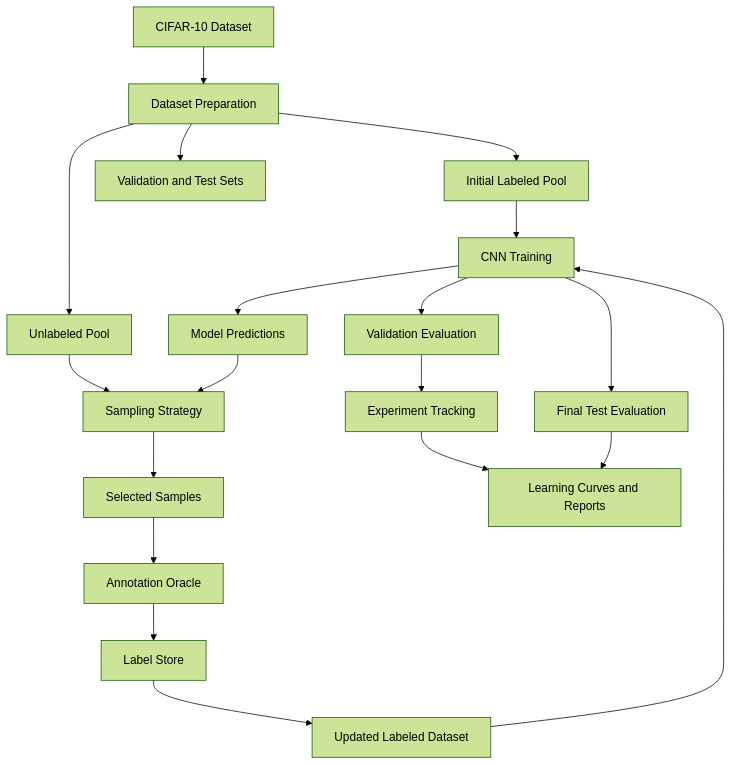
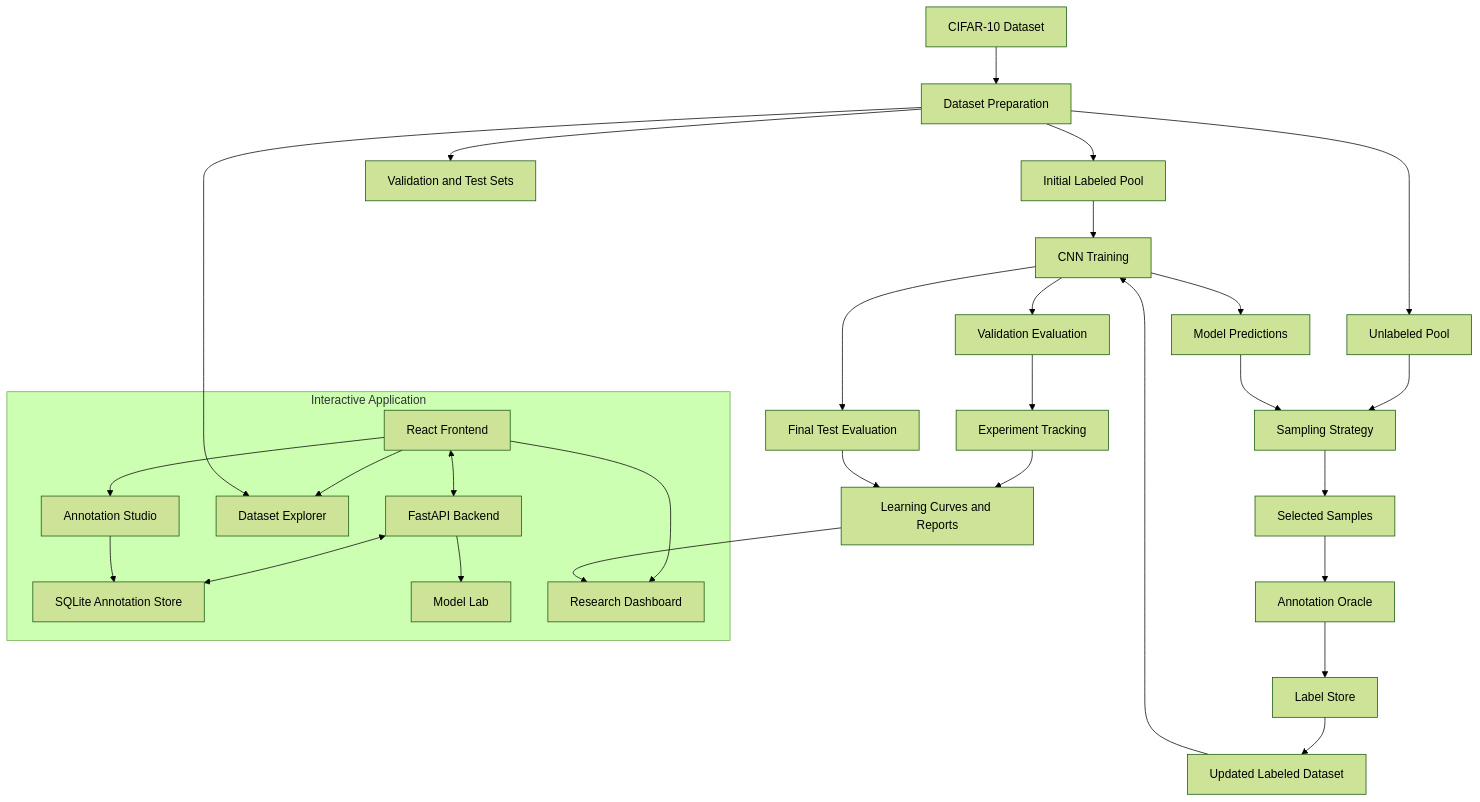
The diagram in README.md (kishanbishwakarma0/ORACLE), drawn with Mermaid (forest theme) before and after one commit. The commit also changed other lines of this file, not shown here.

````diff
--- a/README.md
+++ b/README.md
@@ -62,27 +76,45 @@
 ```mermaid
 flowchart TD
     A["CIFAR-10 Dataset"] --> B["Dataset Preparation"]
     B --> C["Initial Labeled Pool"]
     B --> D["Unlabeled Pool"]
     B --> E["Validation and Test Sets"]
 
     C --> F["CNN Training"]
     F --> G["Model Predictions"]
-
     D --> H["Sampling Strategy"]
     G --> H
 
     H --> I["Selected Samples"]
     I --> J["Annotation Oracle"]
     J --> K["Label Store"]
-
     K --> L["Updated Labeled Dataset"]
     L --> F
 
     F --> M["Validation Evaluation"]
     M --> N["Experiment Tracking"]
     N --> O["Learning Curves and Reports"]
-
     F --> P["Final Test Evaluation"]
     P --> O
+
+    subgraph Application["Interactive Application"]
+        Q["React Frontend"]
+        R["FastAPI Backend"]
+        S["SQLite Annotation Store"]
+        T["Model Lab"]
+        U["Research Dashboard"]
+        V["Dataset Explorer"]
+        W["Annotation Studio"]
+
+        Q <--> R
+        R <--> S
+        R --> T
+        Q --> U
+        Q --> V
+        Q --> W
+    end
+
+    O --> U
+    B --> V
+    W --> S
 ```
````
